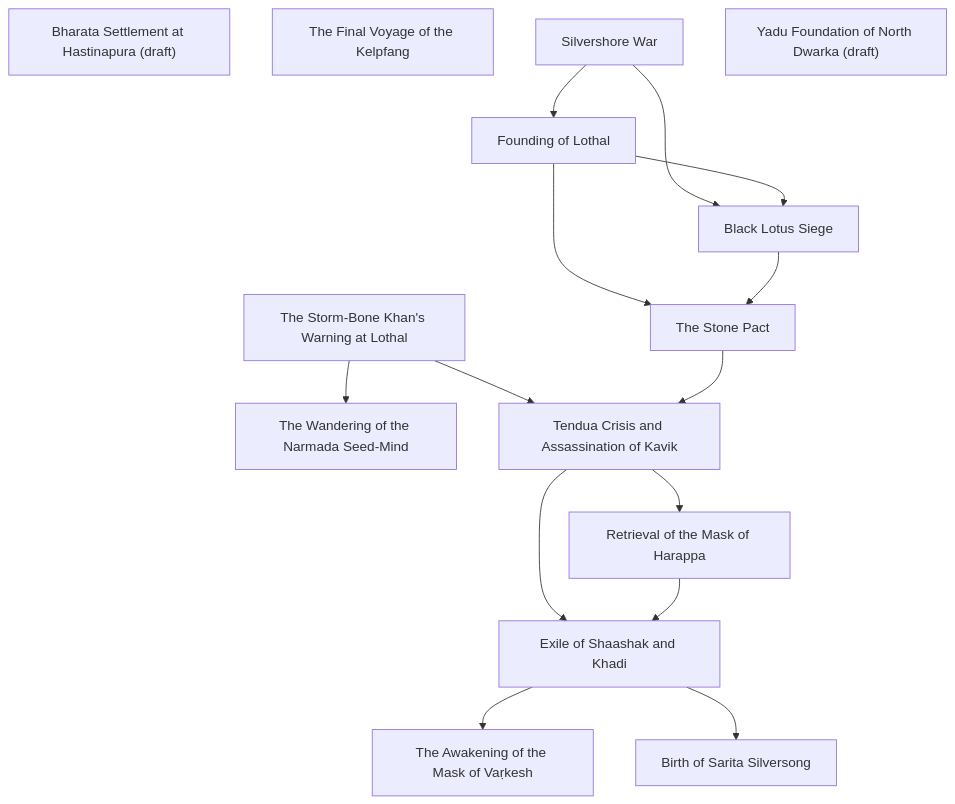
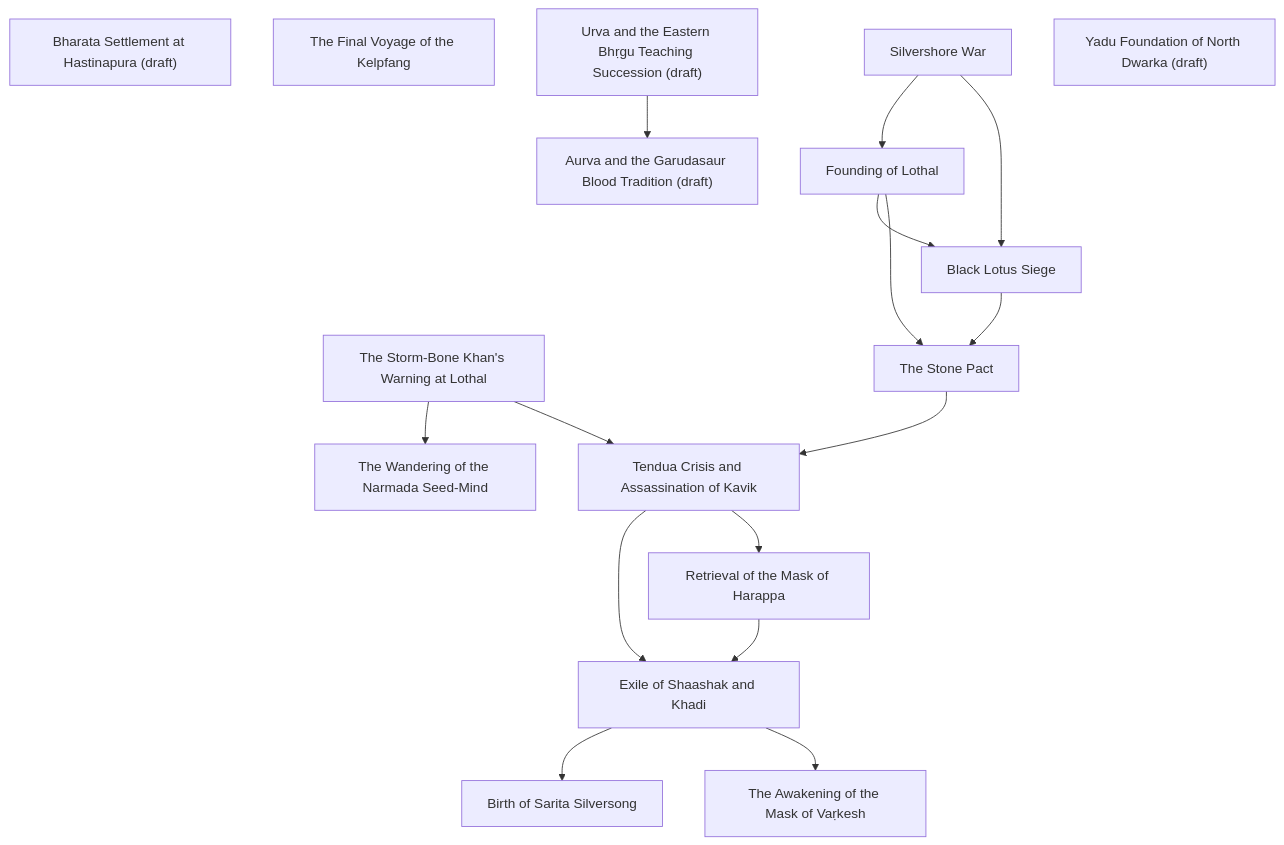
One commit to lordlebu/SouthOfTethys changed the fourth of 6 diagrams in docs/atlas.md. Above: the diagram before and after it, drawn with Mermaid. The commit also changed other lines of this file and 56 other files, not shown here.

````diff
--- a/docs/atlas.md
+++ b/docs/atlas.md
@@ -165,30 +168,33 @@
 ```mermaid
 graph TD
     E0["Bharata Settlement at Hastinapura (draft)"]
     E1["The Final Voyage of the Kelpfang"]
     E2["The Storm-Bone Khan's Warning at Lothal"]
     E3["The Wandering of the Narmada Seed-Mind"]
     E4["Silvershore War"]
     E5["Founding of Lothal"]
     E6["Black Lotus Siege"]
     E7["The Stone Pact"]
     E8["Tendua Crisis and Assassination of Kavik"]
     E9["Retrieval of the Mask of Harappa"]
     E10["Exile of Shaashak and Khadi"]
     E11["The Awakening of the Mask of Vaṛkesh"]
     E12["Birth of Sarita Silversong"]
-    E13["Yadu Foundation of North Dwarka (draft)"]
+    E13["Urva and the Eastern Bhṛgu Teaching Succession (draft)"]
+    E14["Aurva and the Garudasaur Blood Tradition (draft)"]
+    E15["Yadu Foundation of North Dwarka (draft)"]
     E2 --> E8
     E2 --> E3
     E4 --> E6
     E4 --> E5
     E5 --> E7
     E5 --> E6
     E6 --> E7
     E7 --> E8
     E8 --> E9
     E8 --> E10
     E9 --> E10
     E10 --> E11
     E10 --> E12
+    E13 --> E14
 ```
````
